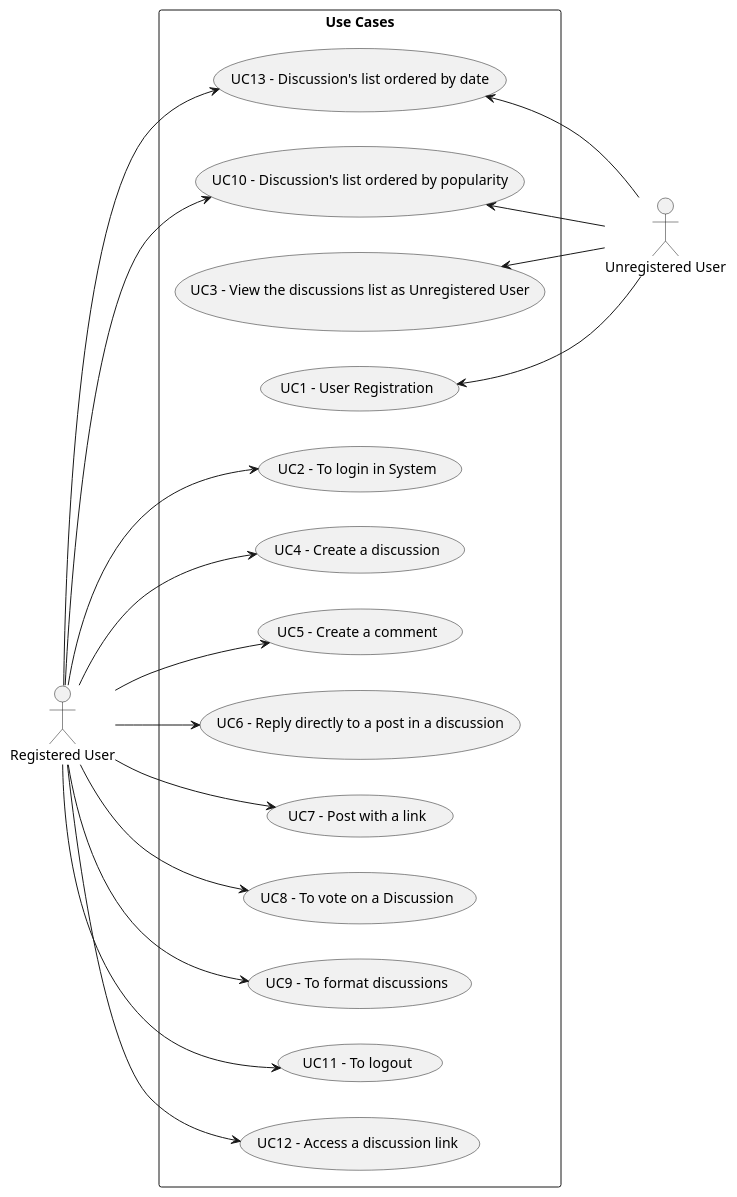
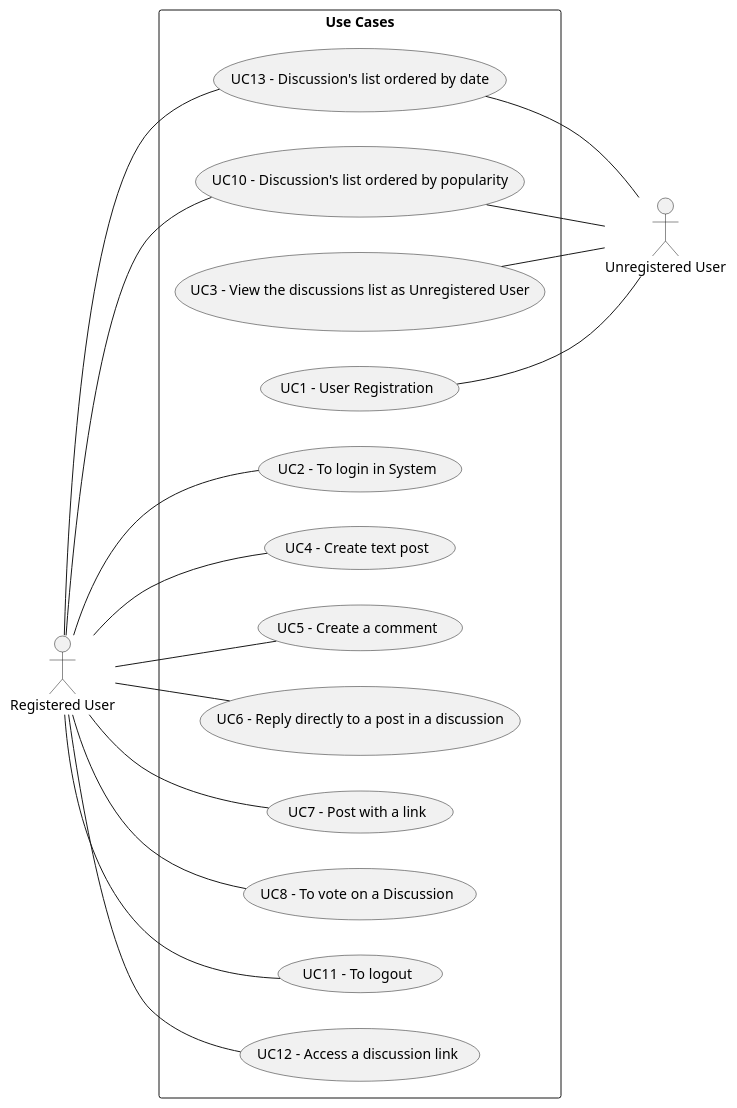
One commit to TiagoMagalhaes1232507/Testando-projeto changed the diagram in docs/sprint02/global-artifacts/01.requirements-engineering/puml/use-case-diagram.puml. Above: the diagram before and after it, drawn with PlantUML. The commit also changed 3 other files, not shown here.

Commit message:
Use case diagram updated - correction

```diff
--- a/docs/sprint02/global-artifacts/01.requirements-engineering/puml/use-case-diagram.puml
+++ b/docs/sprint02/global-artifacts/01.requirements-engineering/puml/use-case-diagram.puml
@@ -1,46 +1,44 @@
 @startuml "use-case-diagram"
 'skinparam monochrome true
 skinparam packageStyle rectangle
 'skinparam shadowing false
 
 left to right direction
 
 
 actor "Registered User" as RegisteredUser
 actor "Unregistered User" as UnregisteredUser
 
 rectangle "Use Cases" as usecases {
     usecase "UC1 - User Registration" as UC01
     usecase "UC2 - To login in System" as UC02
     usecase "UC3 - View the discussions list as Unregistered User" as UC03
-    usecase "UC4 - Create a discussion" as UC04
+    usecase "UC4 - Create text post" as UC04
     usecase "UC5 - Create a comment" as UC05
     usecase "UC6 - Reply directly to a post in a discussion" as UC06
     usecase "UC7 - Post with a link" as UC07
     usecase "UC8 - To vote on a Discussion" as UC08
-    usecase "UC9 - To format discussions" as UC09
     usecase "UC10 - Discussion's list ordered by popularity" as UC10
     usecase "UC11 - To logout" as UC11
     usecase "UC12 - Access a discussion link" as UC12
     usecase "UC13 - Discussion's list ordered by date" as UC13
    
    
-    RegisteredUser --> UC02
-    RegisteredUser --> UC04
-    RegisteredUser --> UC05
-    RegisteredUser --> UC06
-    RegisteredUser --> UC07
-    RegisteredUser --> UC08
-    RegisteredUser --> UC09
-    RegisteredUser --> UC10
-    RegisteredUser --> UC11
-    RegisteredUser --> UC12
-    RegisteredUser --> UC13
+    RegisteredUser -- UC02
+    RegisteredUser -- UC04
+    RegisteredUser -- UC05
+    RegisteredUser -- UC06
+    RegisteredUser -- UC07
+    RegisteredUser -- UC08
+    RegisteredUser -- UC10
+    RegisteredUser -- UC11
+    RegisteredUser -- UC12
+    RegisteredUser -- UC13
 
-UnregisteredUser -up-> UC01
-UnregisteredUser -up-> UC03
-UnregisteredUser -up-> UC10
-UnregisteredUser -up-> UC13
+UnregisteredUser -up- UC01
+UnregisteredUser -up- UC03
+UnregisteredUser -up- UC10
+UnregisteredUser -up- UC13
 }
 
 @enduml
```
